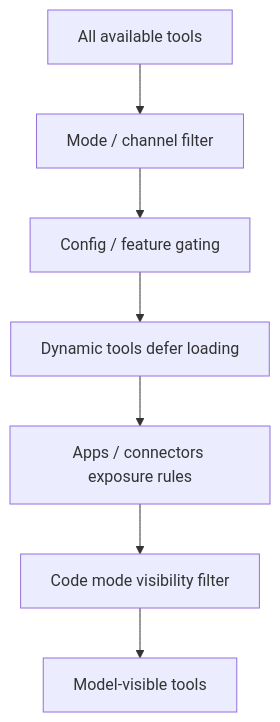
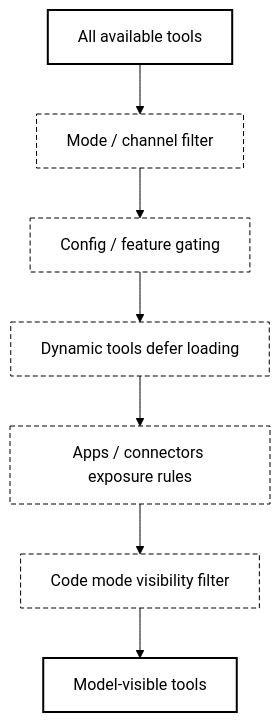
One commit to inputhacker/KnowledgeBase changed the fifth of 5 diagrams in agentic_workflow/codex_agentic_workflow/README.md. Above: the diagram before and after it, drawn with Mermaid. The commit also changed other lines of this file and 1 other file, not shown here.

Commit message:
docs: improve mermaid contrast in Codex workflow docs

````diff
--- a/agentic_workflow/codex_agentic_workflow/README.md
+++ b/agentic_workflow/codex_agentic_workflow/README.md
@@ -165,12 +196,19 @@
 ```mermaid
+%%{init: {"theme":"base","themeVariables":{"primaryColor":"#ffffff","primaryTextColor":"#000000","primaryBorderColor":"#000000","lineColor":"#000000","secondaryColor":"#ffffff","tertiaryColor":"#ffffff","clusterBkg":"#ffffff","clusterBorder":"#000000","edgeLabelBackground":"#ffffff"}}}%%
 flowchart TD
     T0[All available tools]
     F1[Mode / channel filter]
     F2[Config / feature gating]
     F3[Dynamic tools defer loading]
     F4[Apps / connectors exposure rules]
     F5[Code mode visibility filter]
     TV[Model-visible tools]
 
     T0 --> F1 --> F2 --> F3 --> F4 --> F5 --> TV
+
+    classDef plain fill:#fff,stroke:#000,color:#000,stroke-width:1px;
+    classDef focus fill:#fff,stroke:#000,color:#000,stroke-width:2px;
+    classDef dashed fill:#fff,stroke:#000,color:#000,stroke-dasharray: 5 3;
+    class T0,TV focus;
+    class F1,F2,F3,F4,F5 dashed;
 ```
````
